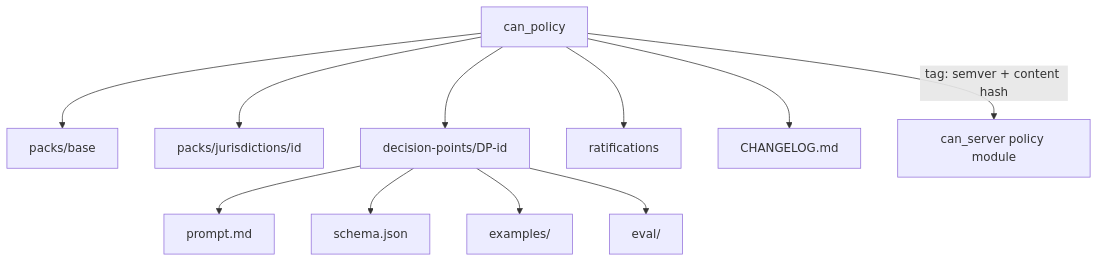
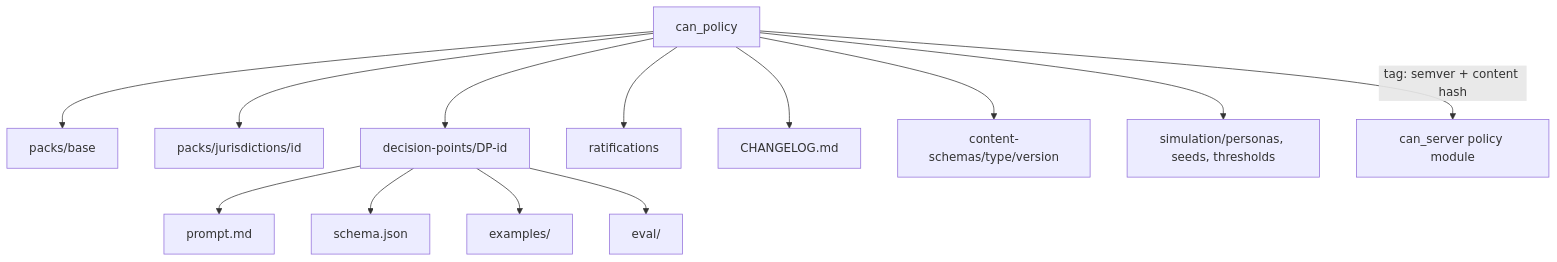
Before and after one commit to community-action-network-oss/community_action_network_oss: the diagram in docs/design/components/can-policy.md, drawn with Mermaid. The commit also changed other lines of this file and 20 other files, not shown here.

Commit message:
W4 P3: structured-submission, persona-simulation, seed-bootstrap and schema-change flows; canonical DP ids; components for schemas, simulation, portability

````diff
--- a/docs/design/components/can-policy.md
+++ b/docs/design/components/can-policy.md
@@ -7,13 +7,15 @@
 ```mermaid
 flowchart TD
   repo[can_policy] --> base[packs/base]
   repo --> jur[packs/jurisdictions/id]
   repo --> dps[decision-points/DP-id]
   repo --> rat[ratifications]
   repo --> cl[CHANGELOG.md]
   dps --> pr[prompt.md]
   dps --> sc[schema.json]
+  repo --> cs[content-schemas/type/version]
+  repo --> sp[simulation/personas, seeds, thresholds]
   dps --> ex[examples/]
   dps --> ev[eval/]
   repo -->|tag: semver + content hash| server[can_server policy module]
 ```
````
